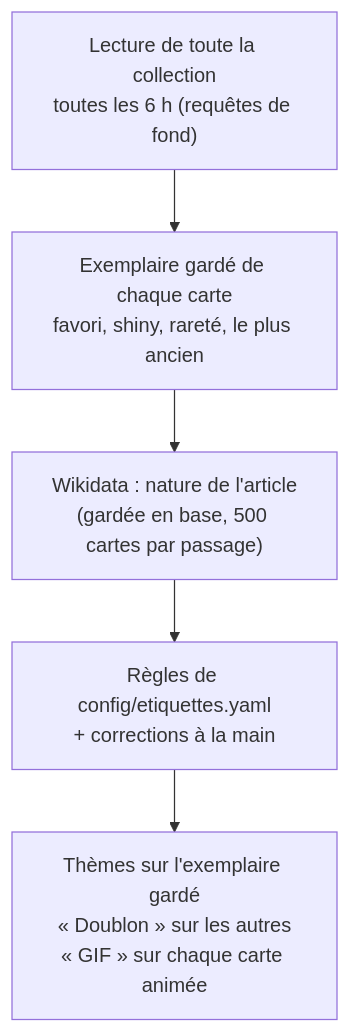
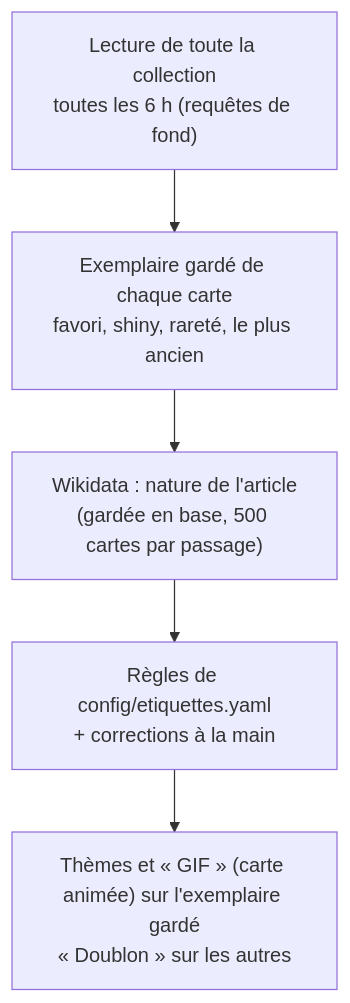
One commit to MaKSiiMe/WikiMastered changed the seventh of 8 diagrams in docs/FONCTIONNEMENT.md. Above: the diagram before and after it, drawn with Mermaid. The commit also changed other lines of this file and 12 other files, not shown here.

````diff
--- a/docs/FONCTIONNEMENT.md
+++ b/docs/FONCTIONNEMENT.md
@@ -177,7 +177,7 @@
 ```mermaid
 flowchart TD
     L["Lecture de toute la collection<br/>toutes les 6 h (requêtes de fond)"] --> G["Exemplaire gardé de chaque carte<br/>favori, shiny, rareté, le plus ancien"]
     G --> W["Wikidata : nature de l'article<br/>(gardée en base, 500 cartes par passage)"]
     W --> R["Règles de config/etiquettes.yaml<br/>+ corrections à la main"]
-    R --> T["Thèmes sur l'exemplaire gardé<br/>« Doublon » sur les autres<br/>« GIF » sur chaque carte animée"]
+    R --> T["Thèmes et « GIF » (carte animée) sur l'exemplaire gardé<br/>« Doublon » sur les autres"]
 ```
````
